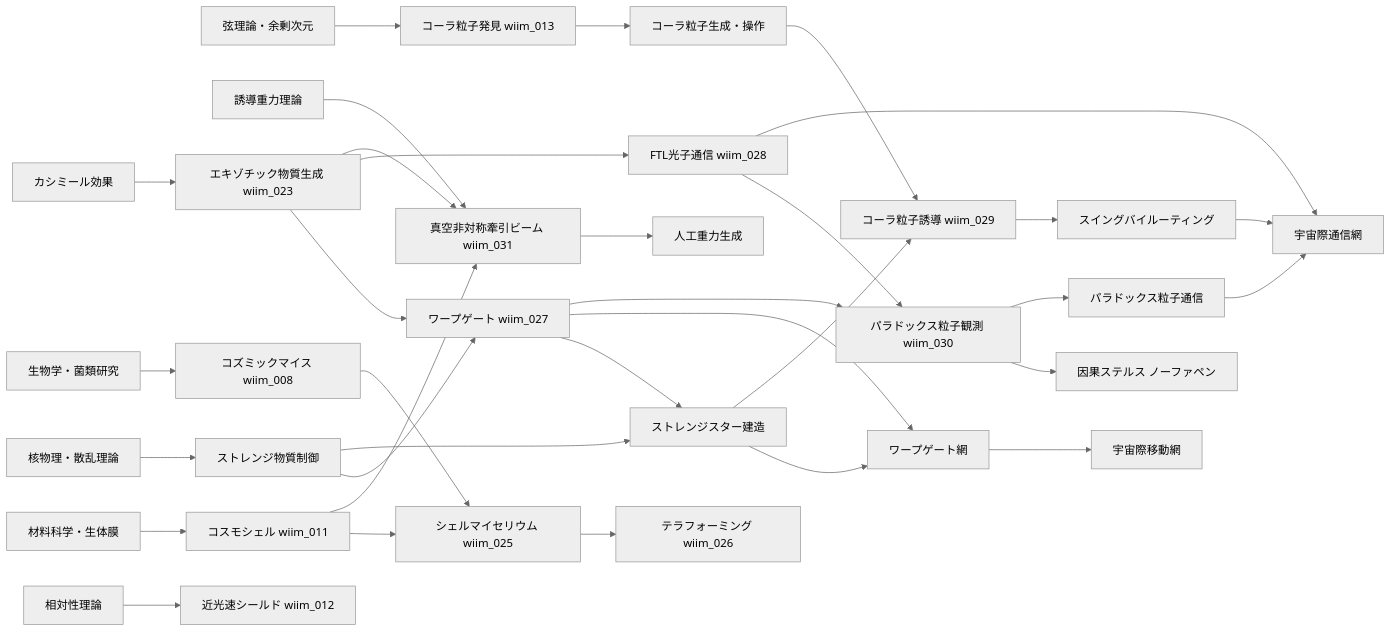
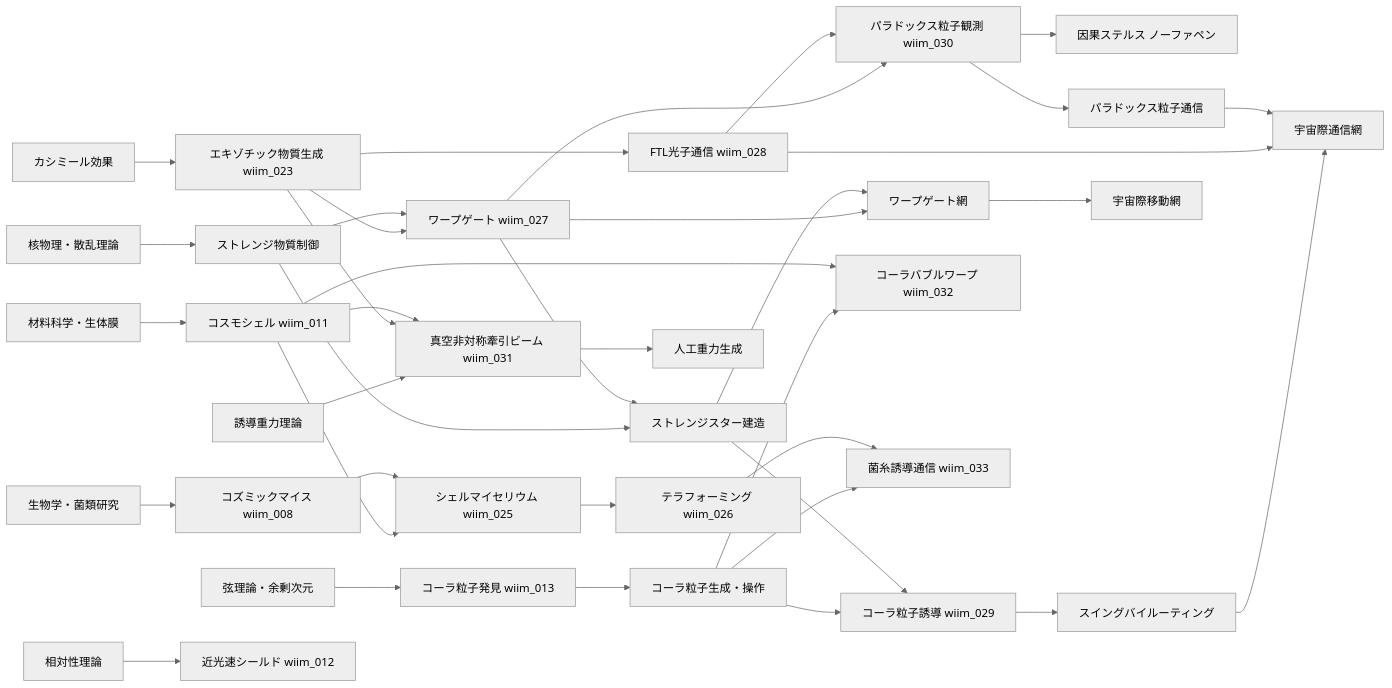
One commit to theronium/WhatIfImpossible changed the first of 3 diagrams in docs/notes/tech_tree.md. Above: the diagram before and after it, drawn with Mermaid (neutral theme). The commit also changed other lines of this file and 10 other files, not shown here.

````diff
--- a/docs/notes/tech_tree.md
+++ b/docs/notes/tech_tree.md
@@ -16,46 +16,50 @@
 ```mermaid
 flowchart LR
     C0A[カシミール効果]
     C0B[弦理論・余剰次元]
     C0C[核物理・散乱理論]
     C0D[生物学・菌類研究]
     C0E[相対性理論]
     C0F[材料科学・生体膜]
     C0G[誘導重力理論]
 
     C0A --> T1A[エキゾチック物質生成 wiim_023]
     C0B --> T1B[コーラ粒子発見 wiim_013]
     C0F --> T1C[コスモシェル wiim_011]
     C0C --> T1D[ストレンジ物質制御]
     C0D --> T1E[コズミックマイス wiim_008]
     C0E --> T2F[近光速シールド wiim_012]
     C0G --> T2G[真空非対称牽引ビーム wiim_031]
 
     T1A --> T2A[ワープゲート wiim_027]
     T1A --> T2B[FTL光子通信 wiim_028]
     T1A --> T2G
     T1B --> T2C[コーラ粒子生成・操作]
     T1C --> T2E[シェルマイセリウム wiim_025]
     T1C --> T2G
     T1D --> T2A
     T1D --> T2D[ストレンジスター建造]
     T1E --> T2E
 
     T2A --> T2D
     T2A --> T3A[ワープゲート網]
     T2A --> T2H[パラドックス粒子観測 wiim_030]
     T2B --> T2H
     T2C --> T3B[コーラ粒子誘導 wiim_029]
+    T2C --> T3I[コーラバブルワープ wiim_032]
+    T1C --> T3I
     T2D --> T3A
     T2D --> T3B
     T2E --> T3C[テラフォーミング wiim_026]
+    T2C --> T3H[菌糸誘導通信 wiim_033]
+    T3C --> T3H
     T2G --> T3E[人工重力生成]
     T2H --> T3F[因果ステルス ノーファペン]
     T2H --> T3G[パラドックス粒子通信]
 
     T3B --> T3D[スイングバイルーティング]
     T3D --> T4B[宇宙際通信網]
     T3A --> T4A[宇宙際移動網]
     T2B --> T4B
     T3G --> T4B
 ```
````
